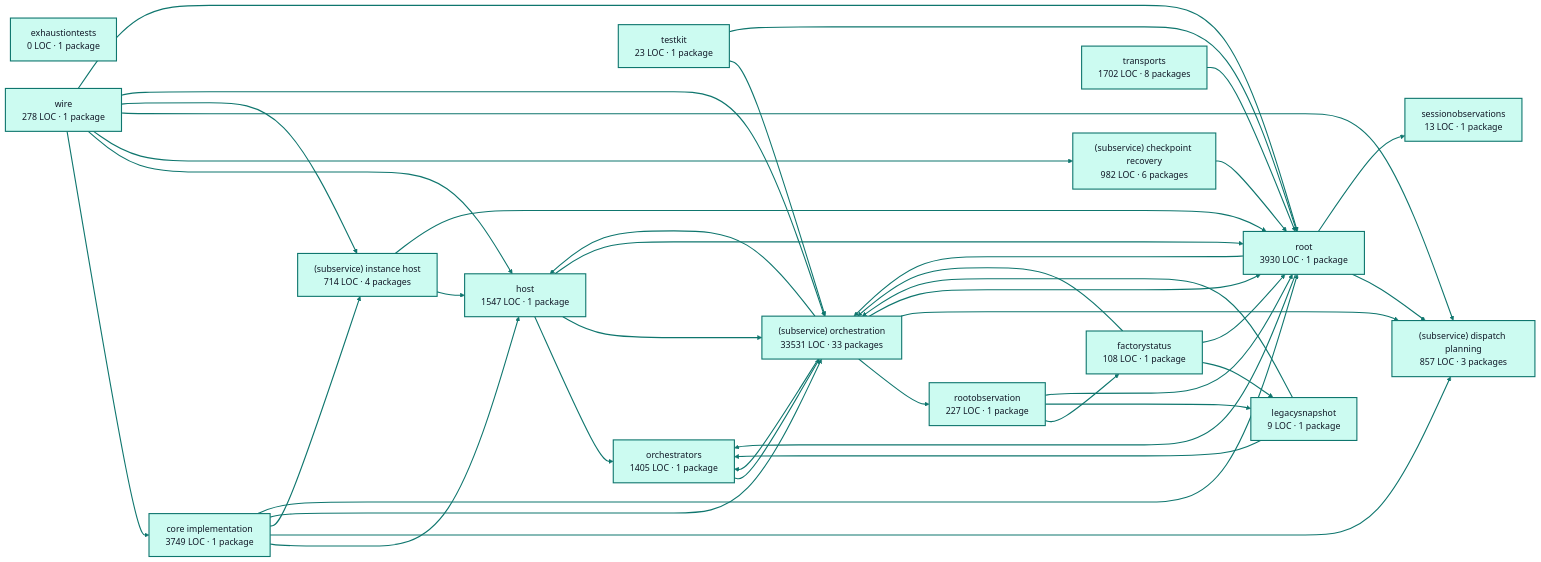
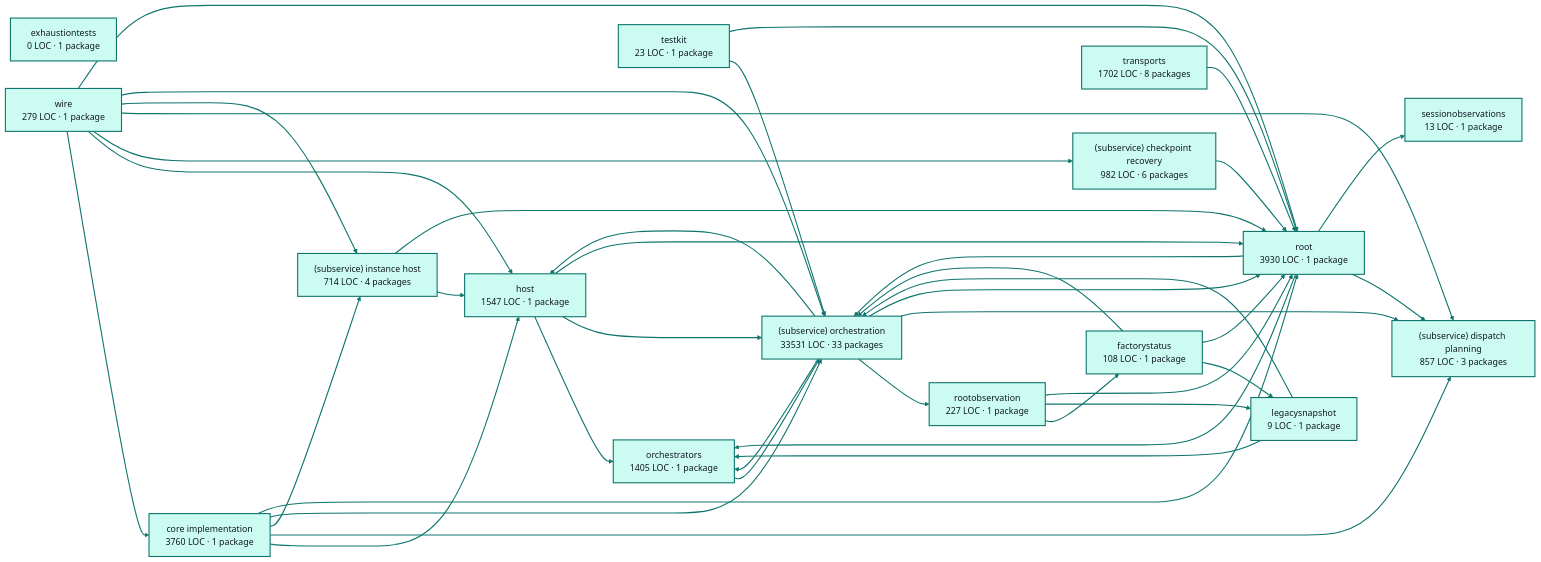
Before and after one commit to portpowered/you-agent-factory: the diagram in docs/architecture/visualizations/services/factory_runtime.md, drawn with Mermaid. The commit also changed other lines of this file and 20 other files, not shown here.

Commit message:
docs: refresh backend architecture visualizations

````diff
--- a/docs/architecture/visualizations/services/factory_runtime.md
+++ b/docs/architecture/visualizations/services/factory_runtime.md
@@ -11,75 +11,75 @@
 ```mermaid
 flowchart LR
-  p0["core implementation<br/>3749 LOC · 1 package"]
+  p0["core implementation<br/>3760 LOC · 1 package"]
   p1["exhaustiontests<br/>0 LOC · 1 package"]
   p2["factorystatus<br/>108 LOC · 1 package"]
   p3["host<br/>1547 LOC · 1 package"]
   p4["legacysnapshot<br/>9 LOC · 1 package"]
   p5["orchestrators<br/>1405 LOC · 1 package"]
   p6["rootobservation<br/>227 LOC · 1 package"]
   p7["(subservice) checkpoint recovery<br/>982 LOC · 6 packages"]
   p8["(subservice) dispatch planning<br/>857 LOC · 3 packages"]
   p9["(subservice) instance host<br/>714 LOC · 4 packages"]
   p10["(subservice) orchestration<br/>33531 LOC · 33 packages"]
   p11["sessionobservations<br/>13 LOC · 1 package"]
   p12["testkit<br/>23 LOC · 1 package"]
   p13["root<br/>3930 LOC · 1 package"]
   p14["transports<br/>1702 LOC · 8 packages"]
-  p15["wire<br/>278 LOC · 1 package"]
+  p15["wire<br/>279 LOC · 1 package"]
   p0 --> p3
   p0 --> p8
   p0 --> p9
   p0 --> p10
   p0 --> p13
   p2 --> p4
   p2 --> p10
   p2 --> p13
   p3 --> p5
   p3 --> p10
   p3 --> p13
   p4 --> p5
   p4 --> p10
   p5 --> p10
   p6 --> p2
   p6 --> p4
   p6 --> p13
   p7 --> p13
   p9 --> p3
   p9 --> p13
   p10 --> p3
   p10 --> p5
   p10 --> p6
   p10 --> p8
   p10 --> p13
   p12 --> p10
   p12 --> p13
   p13 --> p5
   p13 --> p8
   p13 --> p10
   p13 --> p11
   p14 --> p13
   p15 --> p0
   p15 --> p3
   p15 --> p7
   p15 --> p8
   p15 --> p9
   p15 --> p10
   p15 --> p13
   style p0 fill:#ccfbf1,stroke:#0f766e,stroke-width:2px,color:#111827
   style p1 fill:#ccfbf1,stroke:#0f766e,stroke-width:2px,color:#111827
   style p2 fill:#ccfbf1,stroke:#0f766e,stroke-width:2px,color:#111827
   style p3 fill:#ccfbf1,stroke:#0f766e,stroke-width:2px,color:#111827
   style p4 fill:#ccfbf1,stroke:#0f766e,stroke-width:2px,color:#111827
   style p5 fill:#ccfbf1,stroke:#0f766e,stroke-width:2px,color:#111827
   style p6 fill:#ccfbf1,stroke:#0f766e,stroke-width:2px,color:#111827
   style p7 fill:#ccfbf1,stroke:#0f766e,stroke-width:2px,color:#111827
   style p8 fill:#ccfbf1,stroke:#0f766e,stroke-width:2px,color:#111827
   style p9 fill:#ccfbf1,stroke:#0f766e,stroke-width:2px,color:#111827
   style p10 fill:#ccfbf1,stroke:#0f766e,stroke-width:2px,color:#111827
   style p11 fill:#ccfbf1,stroke:#0f766e,stroke-width:2px,color:#111827
   style p12 fill:#ccfbf1,stroke:#0f766e,stroke-width:2px,color:#111827
   style p13 fill:#ccfbf1,stroke:#0f766e,stroke-width:2px,color:#111827
   style p14 fill:#ccfbf1,stroke:#0f766e,stroke-width:2px,color:#111827
   style p15 fill:#ccfbf1,stroke:#0f766e,stroke-width:2px,color:#111827
   linkStyle default stroke:#0f766e,stroke-width:2px
 ```
````
